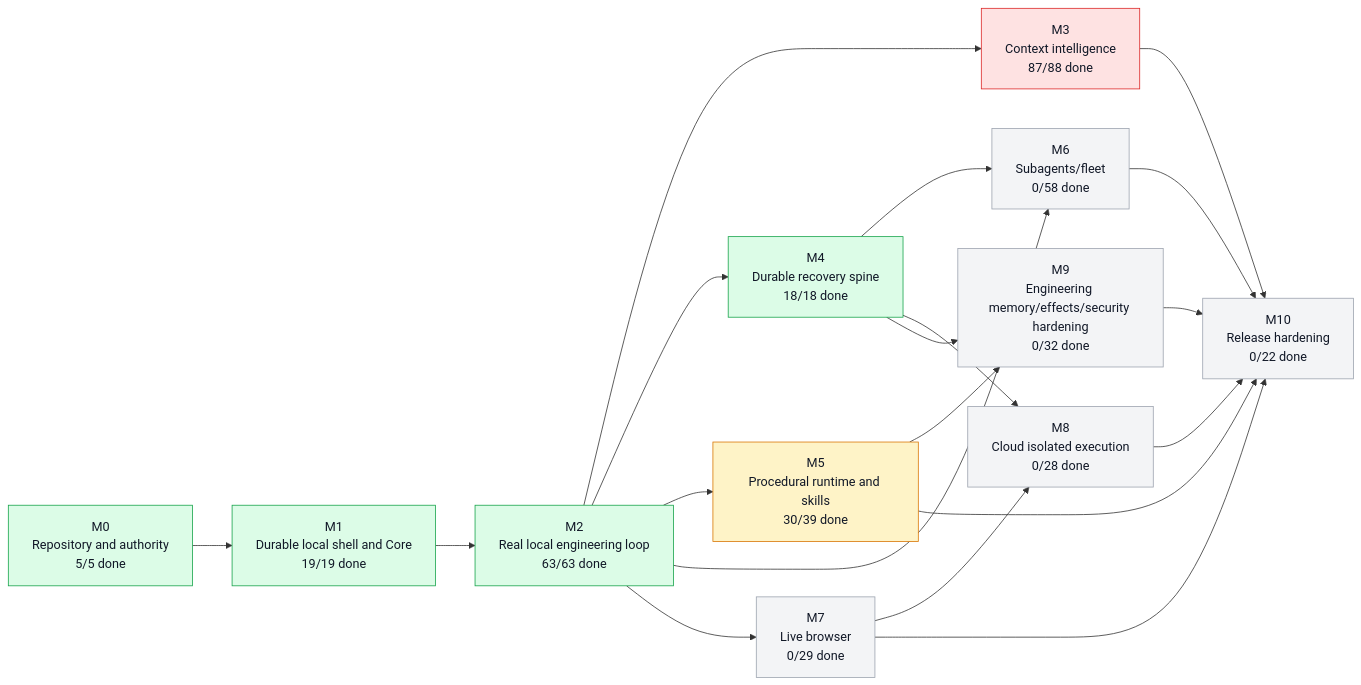
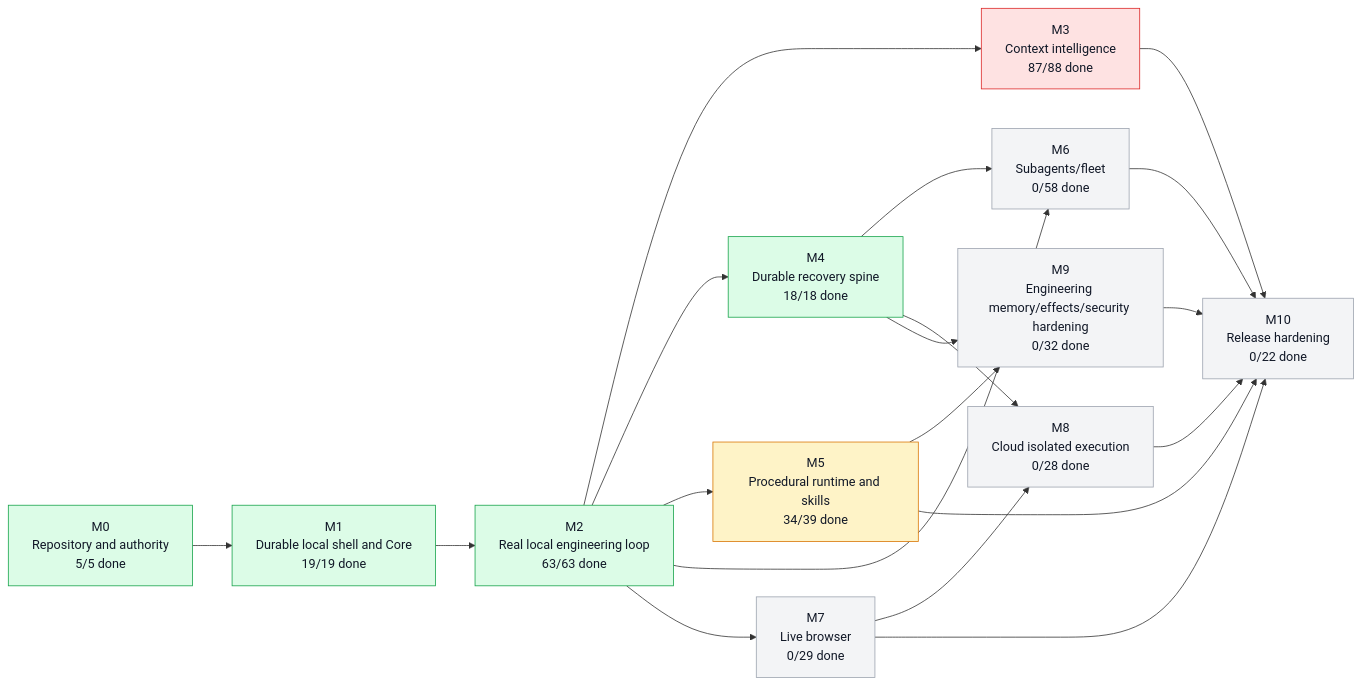
One commit to moss101/modbit changed the first of 5 diagrams in graph/PROJECT_GRAPH.md. Above: the diagram before and after it, drawn with Mermaid. The commit also changed other lines of this file and 12 other files, not shown here.

````diff
--- a/graph/PROJECT_GRAPH.md
+++ b/graph/PROJECT_GRAPH.md
@@ -57,43 +57,43 @@
 ```mermaid
 flowchart LR
   M0["M0<br/>Repository and authority<br/>5/5 done"]
   M1["M1<br/>Durable local shell and Core<br/>19/19 done"]
   M2["M2<br/>Real local engineering loop<br/>63/63 done"]
   M3["M3<br/>Context intelligence<br/>87/88 done"]
   M4["M4<br/>Durable recovery spine<br/>18/18 done"]
-  M5["M5<br/>Procedural runtime and skills<br/>30/39 done"]
+  M5["M5<br/>Procedural runtime and skills<br/>34/39 done"]
   M6["M6<br/>Subagents/fleet<br/>0/58 done"]
   M7["M7<br/>Live browser<br/>0/29 done"]
   M8["M8<br/>Cloud isolated execution<br/>0/28 done"]
   M9["M9<br/>Engineering memory/effects/security hardening<br/>0/32 done"]
   M10["M10<br/>Release hardening<br/>0/22 done"]
   M0 --> M1
   M1 --> M2
   M2 --> M3
   M2 --> M4
   M2 --> M5
   M2 --> M6
   M4 --> M6
   M2 --> M7
   M4 --> M8
   M7 --> M8
   M4 --> M9
   M5 --> M9
   M3 --> M10
   M5 --> M10
   M6 --> M10
   M7 --> M10
   M8 --> M10
   M9 --> M10
   style M0 fill:#dcfce7,stroke:#16a34a,color:#111827
   style M1 fill:#dcfce7,stroke:#16a34a,color:#111827
   style M2 fill:#dcfce7,stroke:#16a34a,color:#111827
   style M3 fill:#fee2e2,stroke:#dc2626,color:#111827
   style M4 fill:#dcfce7,stroke:#16a34a,color:#111827
   style M5 fill:#fef3c7,stroke:#d97706,color:#111827
   style M6 fill:#f3f4f6,stroke:#9ca3af,color:#111827
   style M7 fill:#f3f4f6,stroke:#9ca3af,color:#111827
   style M8 fill:#f3f4f6,stroke:#9ca3af,color:#111827
   style M9 fill:#f3f4f6,stroke:#9ca3af,color:#111827
   style M10 fill:#f3f4f6,stroke:#9ca3af,color:#111827
 ```
````
